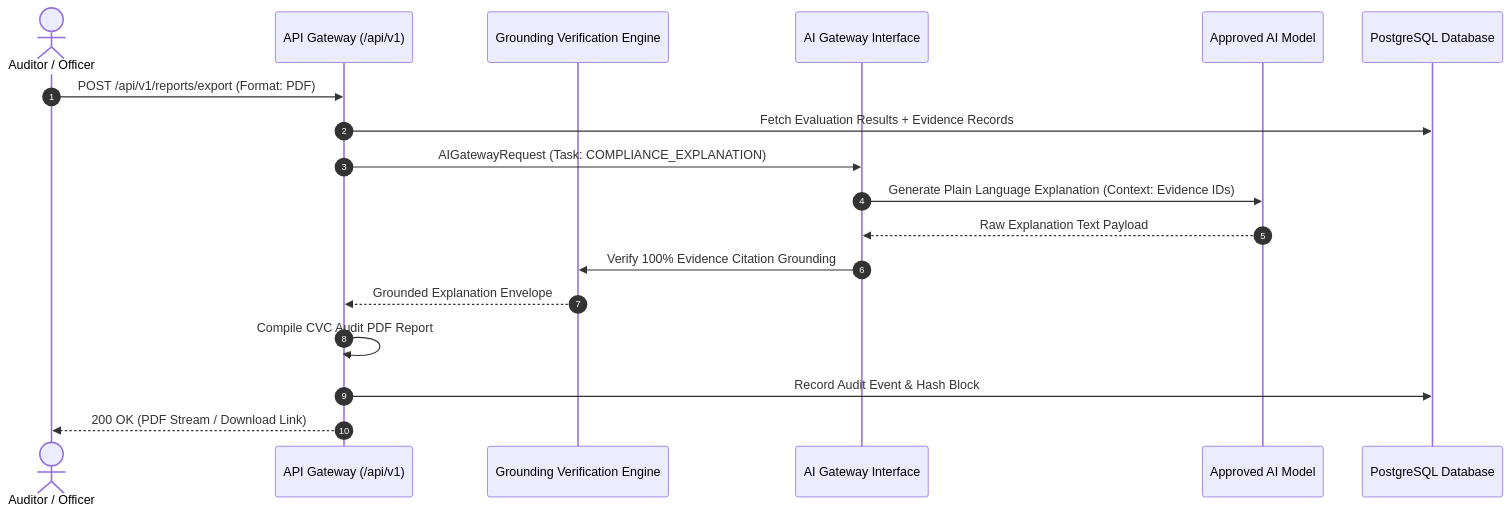
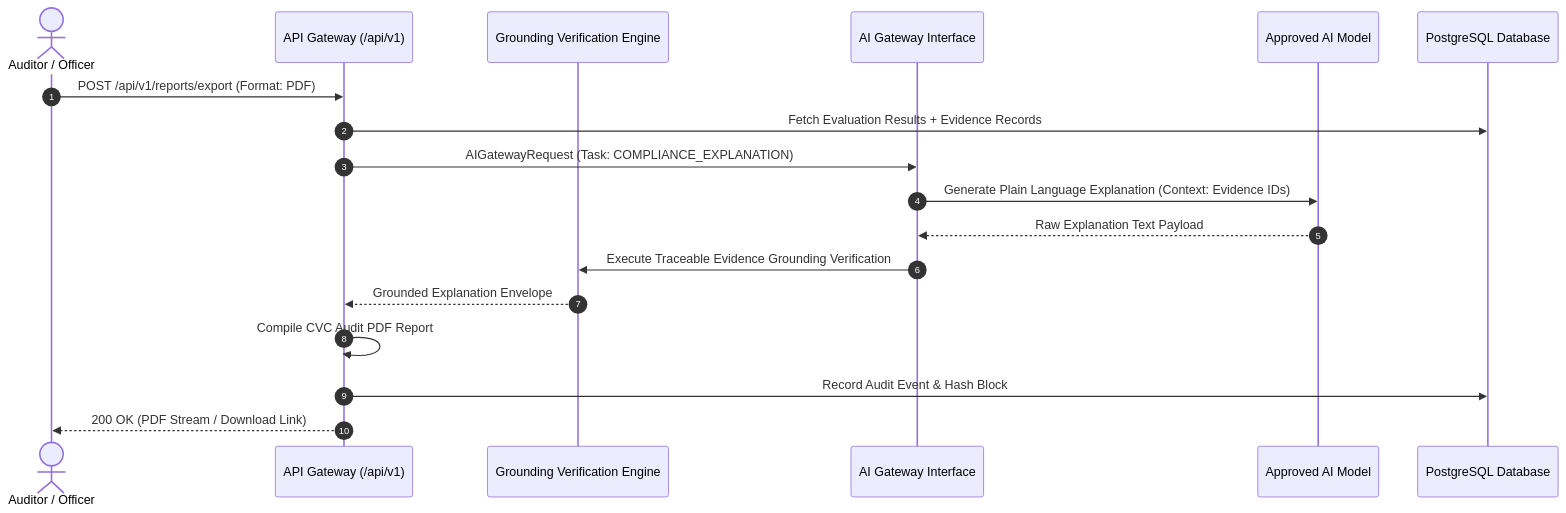
One commit to adityapaithankar25uml-debug/sih26100-bid-compliance changed the fourth of 4 diagrams in docs/PHASE_1_AI_DATA_FLOW.md. Above: the diagram before and after it, drawn with Mermaid. The commit also changed 7 other files, not shown here.

````diff
--- a/docs/PHASE_1_AI_DATA_FLOW.md
+++ b/docs/PHASE_1_AI_DATA_FLOW.md
@@ -114,21 +114,21 @@
 ```mermaid
 sequenceDiagram
     autonumber
     actor Auditor as Auditor / Officer
     participant API as API Gateway (/api/v1)
     participant Grounder as Grounding Verification Engine
     participant Gateway as AI Gateway Interface
     participant Model as Approved AI Model
     participant DB as PostgreSQL Database
 
     Auditor->>API: POST /api/v1/reports/export (Format: PDF)
     API->>DB: Fetch Evaluation Results + Evidence Records
     API->>Gateway: AIGatewayRequest (Task: COMPLIANCE_EXPLANATION)
     Gateway->>Model: Generate Plain Language Explanation (Context: Evidence IDs)
     Model-->>Gateway: Raw Explanation Text Payload
-    Gateway->>Grounder: Verify 100% Evidence Citation Grounding
+    Gateway->>Grounder: Execute Traceable Evidence Grounding Verification
     Grounder-->>API: Grounded Explanation Envelope
     API->>API: Compile CVC Audit PDF Report
     API->>DB: Record Audit Event & Hash Block
     API-->>Auditor: 200 OK (PDF Stream / Download Link)
 ```
````
